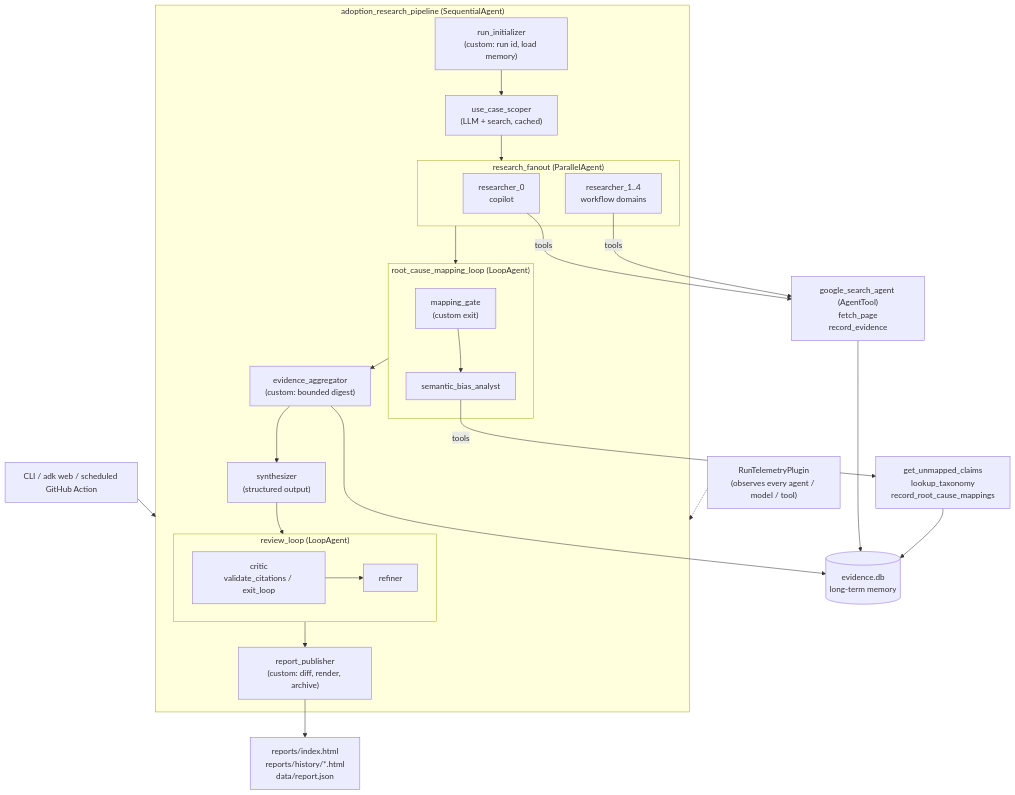
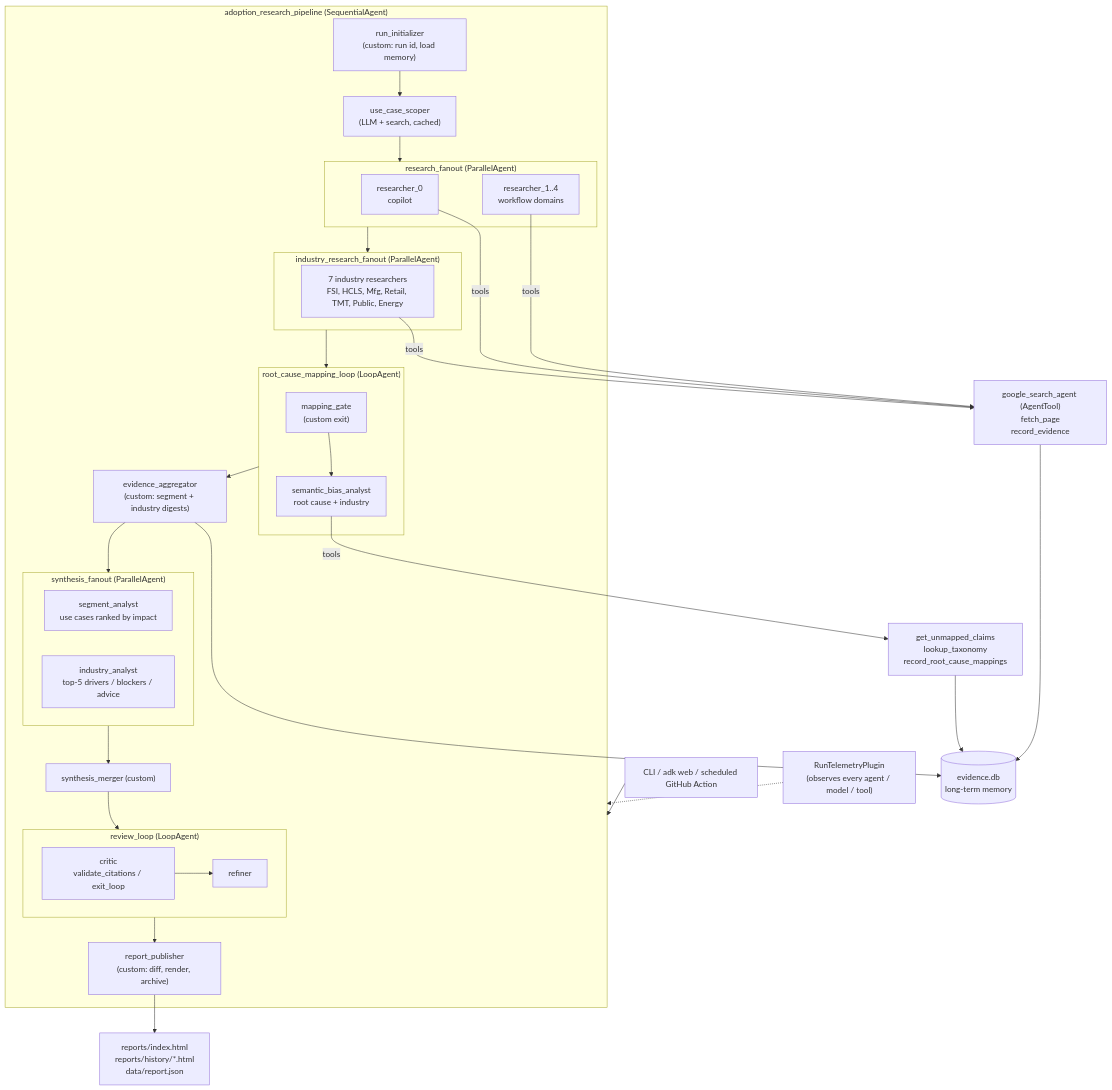
The diagram in README.md (johnenoch1966/John-Enoch), drawn with Mermaid before and after one commit. The commit also changed other lines of this file and 15 other files, not shown here.

````diff
--- a/README.md
+++ b/README.md
@@ -39,29 +45,36 @@
 ```mermaid
 flowchart TD
     U["CLI / adk web / scheduled GitHub Action"] --> ROOT
     subgraph ROOT["adoption_research_pipeline (SequentialAgent)"]
         INIT["run_initializer<br/>(custom: run id, load memory)"]
         SCOPE["use_case_scoper<br/>(LLM + search, cached)"]
         subgraph PAR["research_fanout (ParallelAgent)"]
             R0["researcher_0<br/>copilot"]
             R1["researcher_1..4<br/>workflow domains"]
         end
+        subgraph IND["industry_research_fanout (ParallelAgent)"]
+            I1["7 industry researchers<br/>FSI, HCLS, Mfg, Retail, TMT, Public, Energy"]
+        end
         subgraph MAP["root_cause_mapping_loop (LoopAgent)"]
-            GATE["mapping_gate<br/>(custom exit)"] --> BIAS["semantic_bias_analyst"]
+            GATE["mapping_gate<br/>(custom exit)"] --> BIAS["semantic_bias_analyst<br/>root cause + industry"]
         end
-        AGG["evidence_aggregator<br/>(custom: bounded digest)"]
-        SYN["synthesizer<br/>(structured output)"]
+        AGG["evidence_aggregator<br/>(custom: segment + industry digests)"]
+        subgraph SYN["synthesis_fanout (ParallelAgent)"]
+            SA["segment_analyst<br/>use cases ranked by impact"]
+            IA["industry_analyst<br/>top-5 drivers / blockers / advice"]
+        end
+        MERGE["synthesis_merger (custom)"]
         subgraph REV["review_loop (LoopAgent)"]
             CRIT["critic<br/>validate_citations / exit_loop"] --> REF["refiner"]
         end
         PUB["report_publisher<br/>(custom: diff, render, archive)"]
-        INIT --> SCOPE --> PAR --> MAP --> AGG --> SYN --> REV --> PUB
+        INIT --> SCOPE --> PAR --> IND --> MAP --> AGG --> SYN --> MERGE --> REV --> PUB
     end
-    R0 & R1 -- tools --> T["google_search_agent (AgentTool)<br/>fetch_page<br/>record_evidence"]
+    R0 & R1 & I1 -- tools --> T["google_search_agent (AgentTool)<br/>fetch_page<br/>record_evidence"]
     BIAS -- tools --> T2["get_unmapped_claims<br/>lookup_taxonomy<br/>record_root_cause_mappings"]
     T --> DB[("evidence.db<br/>long-term memory")]
     T2 --> DB
     AGG --> DB
     PUB --> OUT["reports/index.html<br/>reports/history/*.html<br/>data/report.json"]
     PLUG["RunTelemetryPlugin<br/>(observes every agent / model / tool)"] -.-> ROOT
 ```
````
